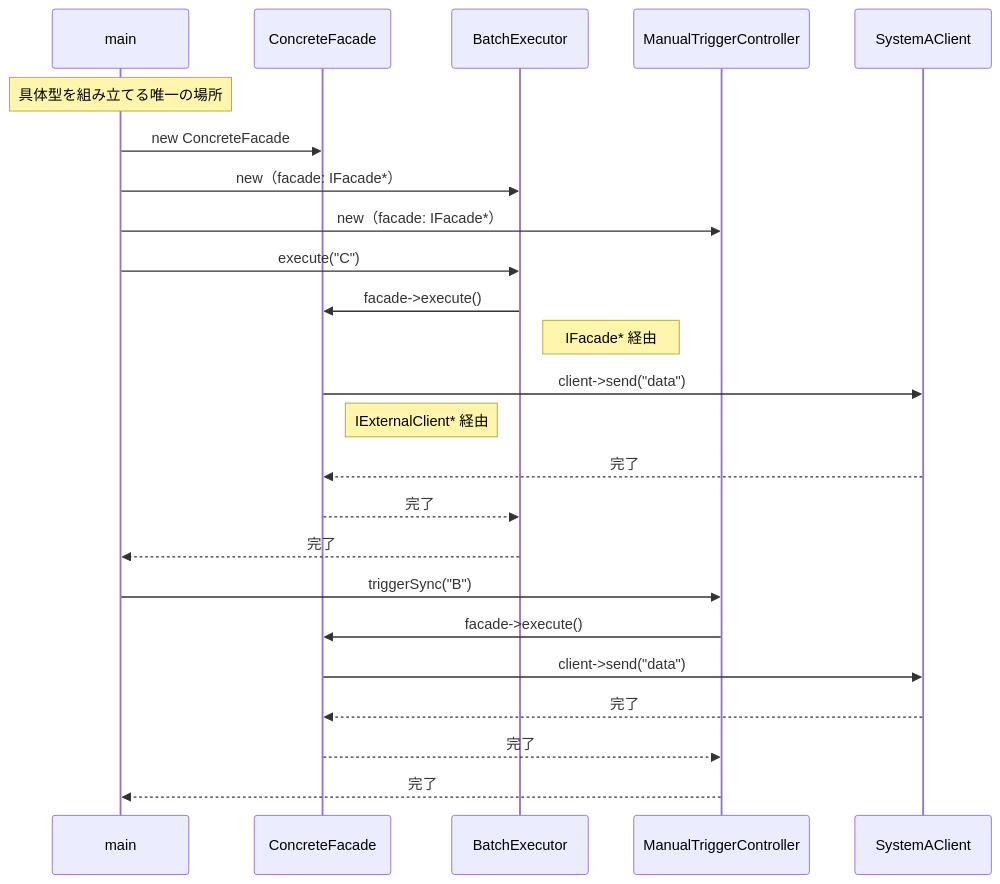
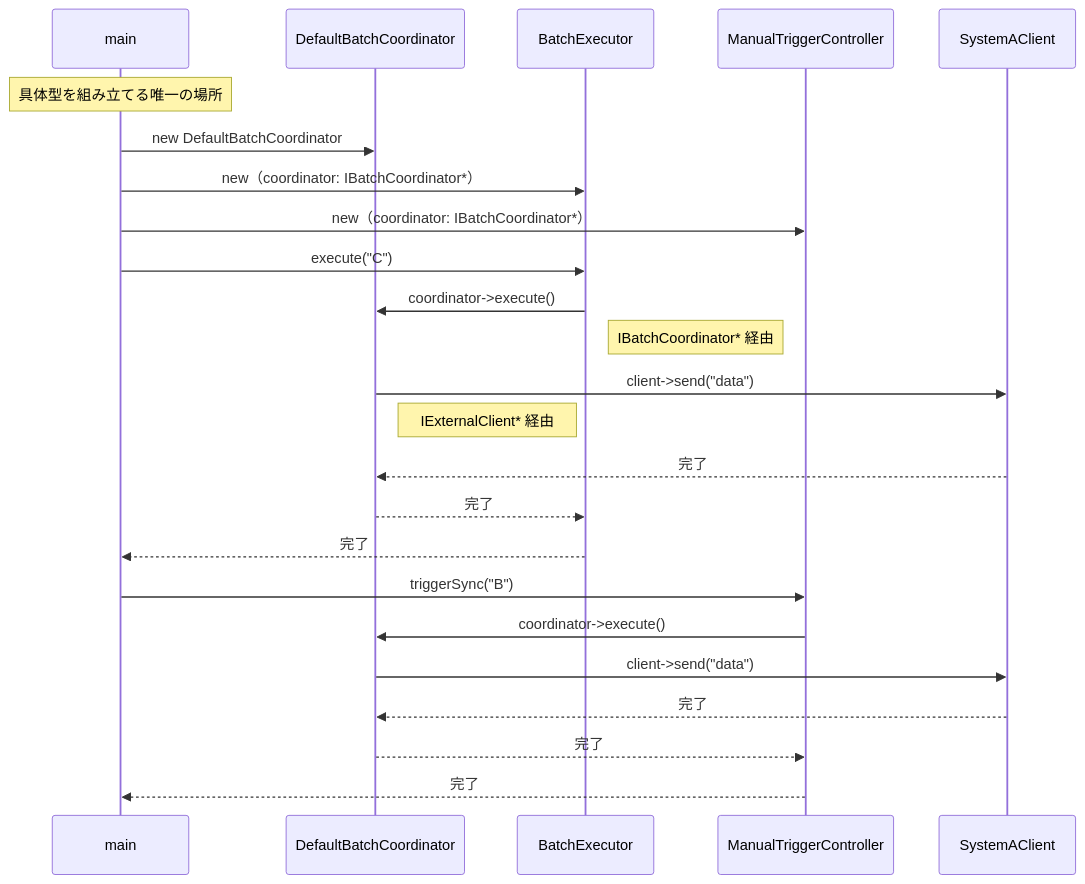
Before and after one commit to kumachan1101-pixel/DesignPattern: the eighth of 10 diagrams in kindle/design-patterns/output/chapter10.md, drawn with Mermaid. The commit also changed other lines of this file, not shown here.

````diff
--- a/kindle/design-patterns/output/chapter10.md
+++ b/kindle/design-patterns/output/chapter10.md
@@ -891,26 +1110,26 @@
 ```mermaid
 sequenceDiagram
     participant main
-    participant CF as ConcreteFacade
+    participant CF as DefaultBatchCoordinator
     participant BE as BatchExecutor
     participant MTC as ManualTriggerController
     participant SA as SystemAClient
     Note over main: 具体型を組み立てる唯一の場所
-    main->>CF: new ConcreteFacade
-    main->>BE: new（facade: IFacade*）
-    main->>MTC: new（facade: IFacade*）
+    main->>CF: new DefaultBatchCoordinator
+    main->>BE: new（coordinator: IBatchCoordinator*）
+    main->>MTC: new（coordinator: IBatchCoordinator*）
     main->>BE: execute("C")
-    BE->>CF: facade->execute()
-    Note right of BE: IFacade* 経由
+    BE->>CF: coordinator->execute()
+    Note right of BE: IBatchCoordinator* 経由
     CF->>SA: client->send("data")
     Note right of CF: IExternalClient* 経由
     SA-->>CF: 完了
     CF-->>BE: 完了
     BE-->>main: 完了
     main->>MTC: triggerSync("B")
-    MTC->>CF: facade->execute()
+    MTC->>CF: coordinator->execute()
     CF->>SA: client->send("data")
     SA-->>CF: 完了
     CF-->>MTC: 完了
     MTC-->>main: 完了
 ```
````
